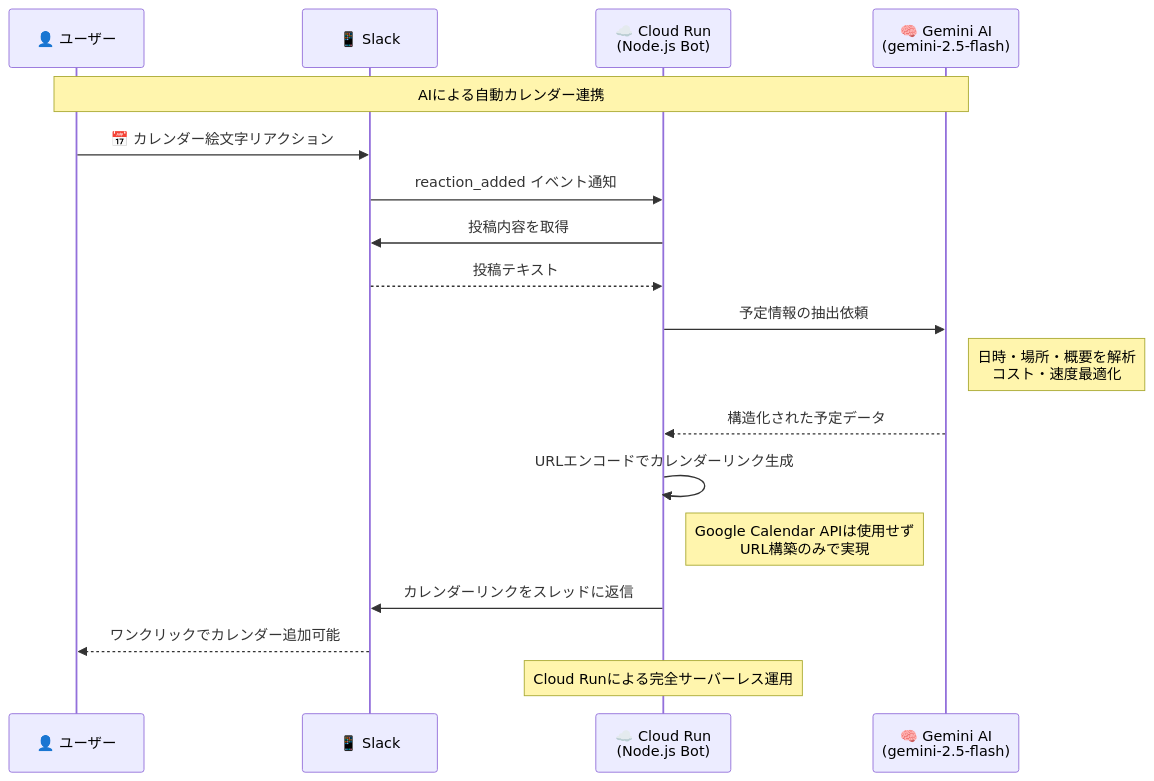
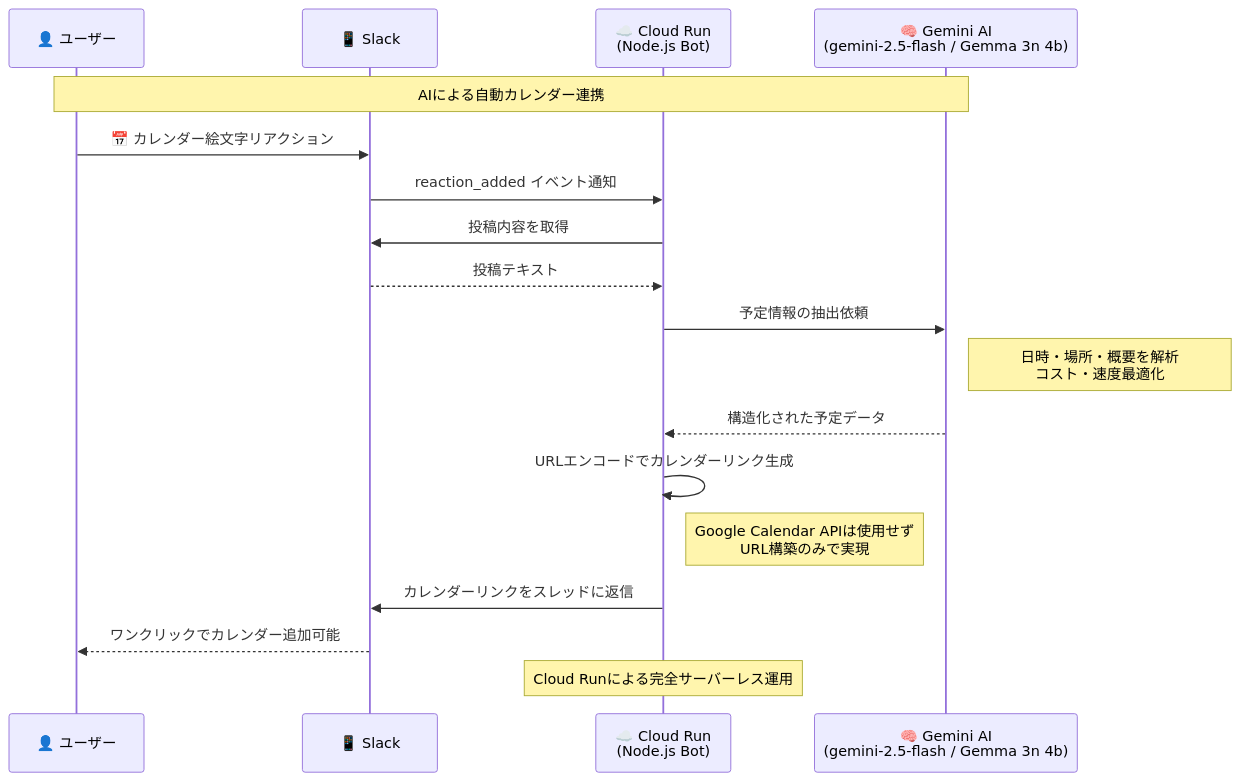
One commit to matsuvr/calendar-slack-bot changed the first of 5 diagrams in README.md. Above: the diagram before and after it, drawn with Mermaid. The commit also changed other lines of this file, not shown here.

Commit message:
feat: AI最適化の説明を更新し、Gemma 3nの利用を明記

````diff
--- a/README.md
+++ b/README.md
@@ -21,27 +21,27 @@
 ```mermaid
 sequenceDiagram
     participant User as 👤 ユーザー
     participant Slack as 📱 Slack
     participant CloudRun as ☁️ Cloud Run<br/>(Node.js Bot)
-    participant Gemini as 🧠 Gemini AI<br/>(gemini-2.5-flash)
+    participant Gemini as 🧠 Gemini AI<br/>(gemini-2.5-flash / Gemma 3n 4b)
 
     Note over User,Gemini: AIによる自動カレンダー連携
 
     User->>Slack: 📅 カレンダー絵文字リアクション
     Slack->>CloudRun: reaction_added イベント通知
     
     CloudRun->>Slack: 投稿内容を取得
     Slack-->>CloudRun: 投稿テキスト
     
     CloudRun->>Gemini: 予定情報の抽出依頼
     Note right of Gemini: 日時・場所・概要を解析<br/>コスト・速度最適化
     Gemini-->>CloudRun: 構造化された予定データ
     
     CloudRun->>CloudRun: URLエンコードでカレンダーリンク生成
     Note right of CloudRun: Google Calendar APIは使用せず<br/>URL構築のみで実現
     
     CloudRun->>Slack: カレンダーリンクをスレッドに返信
     Slack-->>User: ワンクリックでカレンダー追加可能
     
     Note over CloudRun: Cloud Runによる完全サーバーレス運用
 ```
````
